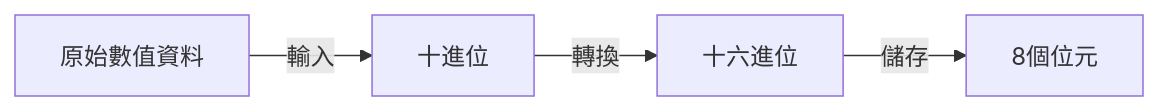
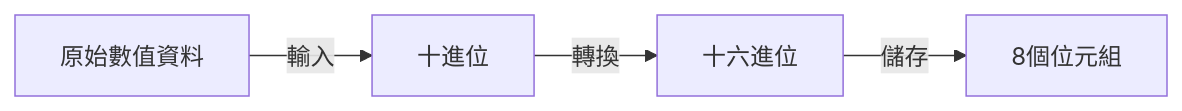
One commit to kuku0508/kuku_note_ver_2 changed the first of 2 diagrams in 知識/統計/SAS/敘述句/LENGTH.md. Above: the diagram before and after it, drawn with Mermaid. The commit also changed other lines of this file and 4 other files, not shown here.

````diff
--- a/知識/統計/SAS/敘述句/LENGTH.md
+++ b/知識/統計/SAS/敘述句/LENGTH.md
@@ -14,10 +14,10 @@
 ```mermaid
 flowchart LR
 A@{shape:square,label: "原始數值資料"}
 B@{shape:square,label: "十進位"}
 C@{shape:square,label: "十六進位"}
-D@{shape:square,label: "8個位元"}
+D@{shape:square,label: "8個位元組"}
 A-->|輸入|B
 B-->|轉換|C
 C-->|儲存|D
 ```
````
